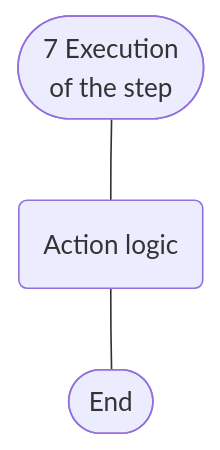
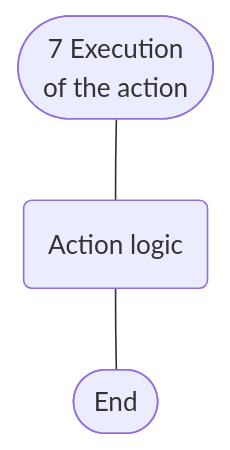
Before and after one commit to savushkin-r-d/ptusa_main: the fifth of 5 diagrams in readme.md, drawn with Mermaid.

Commit message:
Apply suggestions from code review

````diff
--- a/readme.md
+++ b/readme.md
@@ -74,8 +74,8 @@
 ``` mermaid
 
 flowchart TD
 
-    A([7 Execution <br/> of the step]) --- B(Action logic)
+    A([7 Execution <br/> of the action]) --- B(Action logic)
     B --- E([End])
 
 ```
````
